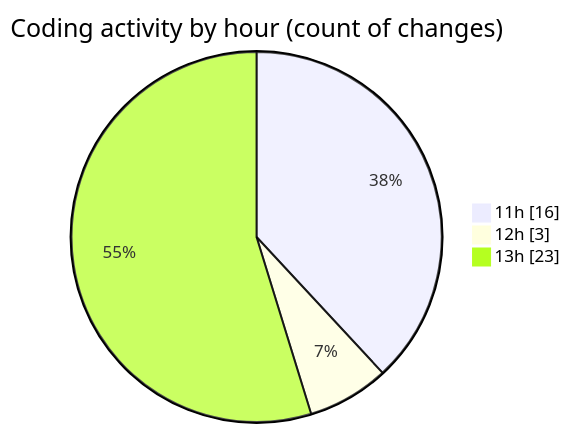
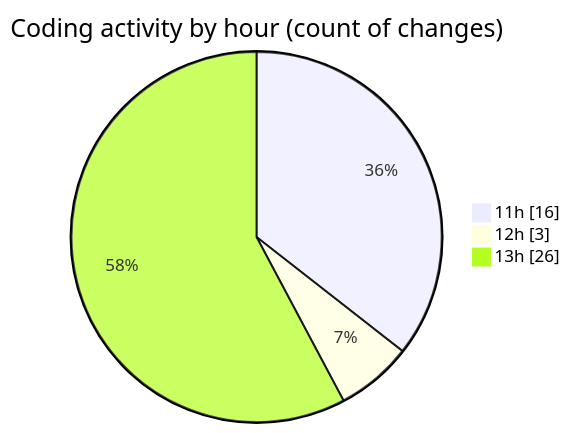
The second of 2 diagrams in 2026-03-31/nxtqube_webapp/README.md (nxtqubesakshisongat/code-tracking), drawn with Mermaid before and after one commit. The commit also changed other lines of this file and 1 other file, not shown here.

````diff
--- a/2026-03-31/nxtqube_webapp/README.md
+++ b/2026-03-31/nxtqube_webapp/README.md
@@ -32,7 +32,7 @@
 ```mermaid
 pie showData
 title Coding activity by hour (count of changes)
 "11h" : 16
 "12h" : 3
-"13h" : 23
+"13h" : 26
 ```
````
